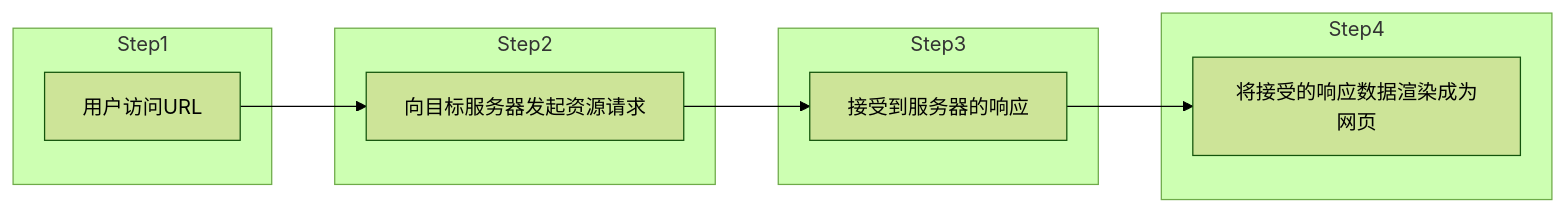
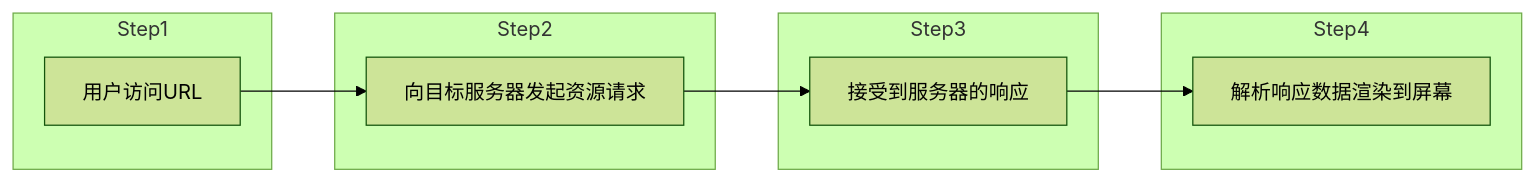
One commit to jaycethanks/Writting changed the first of 3 diagrams in #Page Loader/浏览器如何工作的 ？/浏览器如何工作的.md. Above: the diagram before and after it, drawn with Mermaid (forest theme). The commit also changed other lines of this file and 14 other files, not shown here.

````diff
--- a/#Page Loader/浏览器如何工作的 ？/浏览器如何工作的.md
+++ b/#Page Loader/浏览器如何工作的 ？/浏览器如何工作的.md
@@ -237,16 +243,16 @@
 ```mermaid
 graph LR
 subgraph Step1
 A[用户访问URL]
 end
 subgraph Step2
 B[向目标服务器发起资源请求]
 end
 subgraph Step3
 C[接受到服务器的响应]
 end
 subgraph Step4
-D[将接受的响应数据渲染成为网页]
+D[解析响应数据渲染到屏幕]
 end
 A --> B --> C --> D
 ```
````
